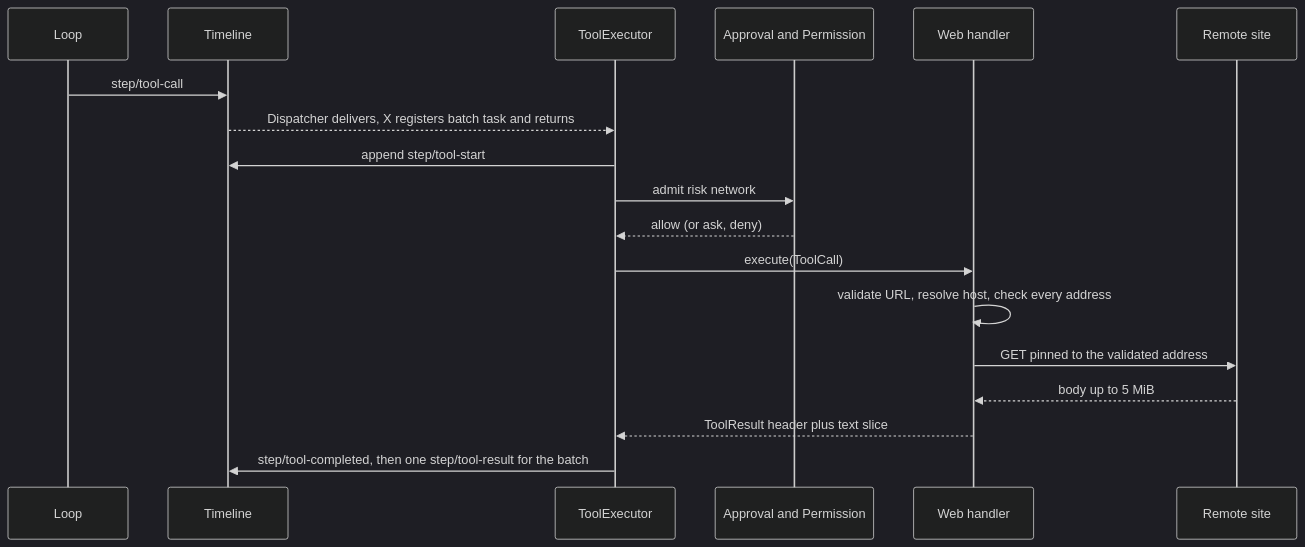
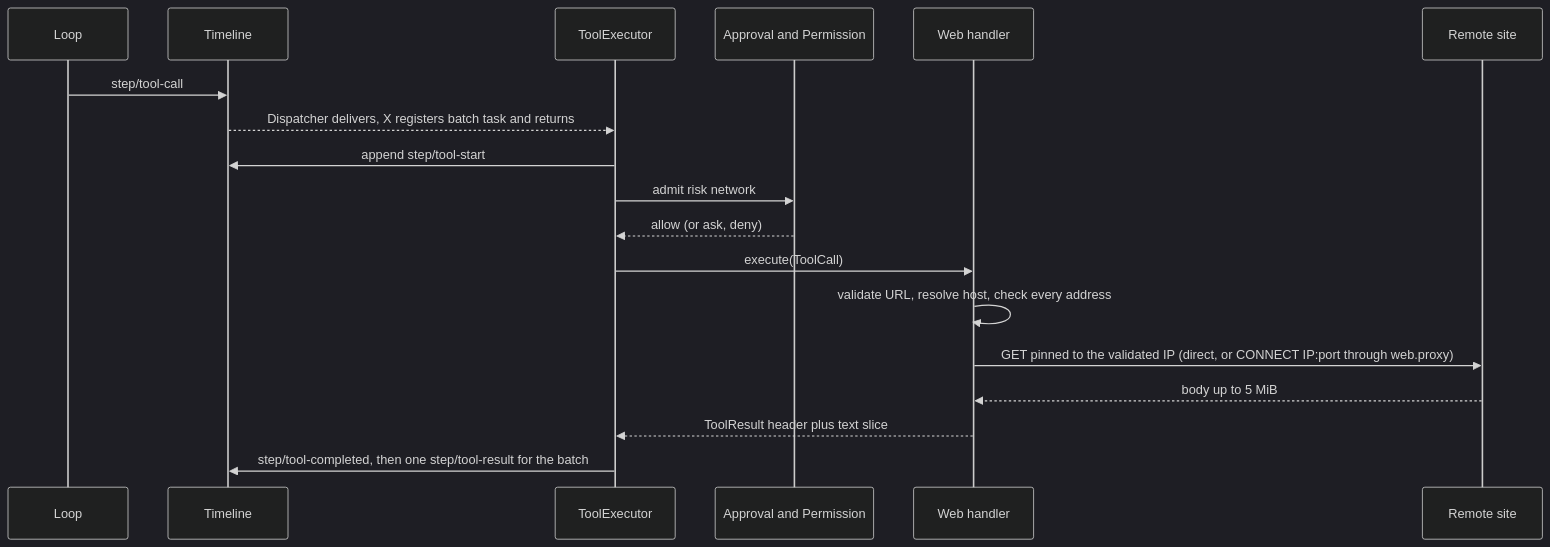
One commit to CoutinhoTTS/dim-agent changed the third of 5 diagrams in docs/design/plugins/Web.md. Above: the diagram before and after it, drawn with Mermaid (dark theme). The commit also changed other lines of this file and 40 other files, not shown here.

````diff
--- a/docs/design/plugins/Web.md
+++ b/docs/design/plugins/Web.md
@@ -64,20 +64,20 @@
 ```mermaid
 sequenceDiagram
   participant L as Loop
   participant TL as Timeline
   participant X as ToolExecutor
   participant A as Approval and Permission
   participant W as Web handler
   participant N as Remote site
   L->>TL: step/tool-call
   TL-->>X: Dispatcher delivers, X registers batch task and returns
   X->>TL: append step/tool-start
   X->>A: admit risk network
   A-->>X: allow (or ask, deny)
   X->>W: execute(ToolCall)
   W->>W: validate URL, resolve host, check every address
-  W->>N: GET pinned to the validated address
+  W->>N: GET pinned to the validated IP (direct, or CONNECT IP:port through web.proxy)
   N-->>W: body up to 5 MiB
   W-->>X: ToolResult header plus text slice
   X->>TL: step/tool-completed, then one step/tool-result for the batch
 ```
````
